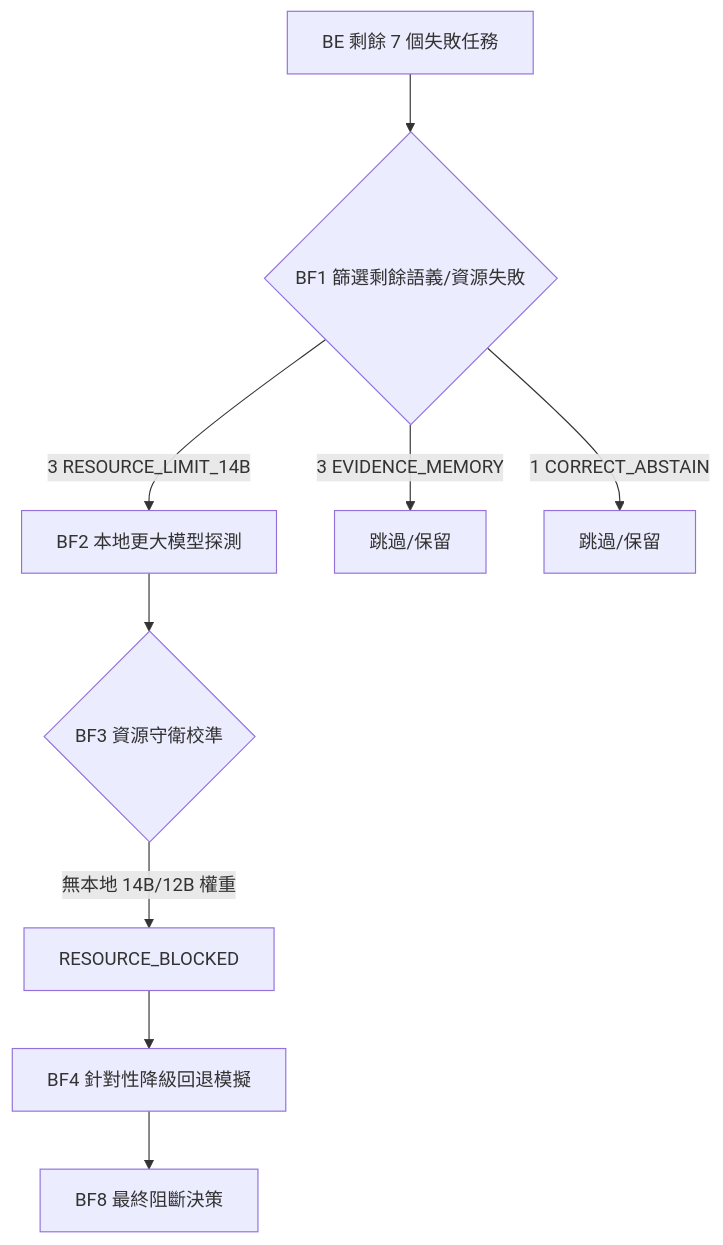
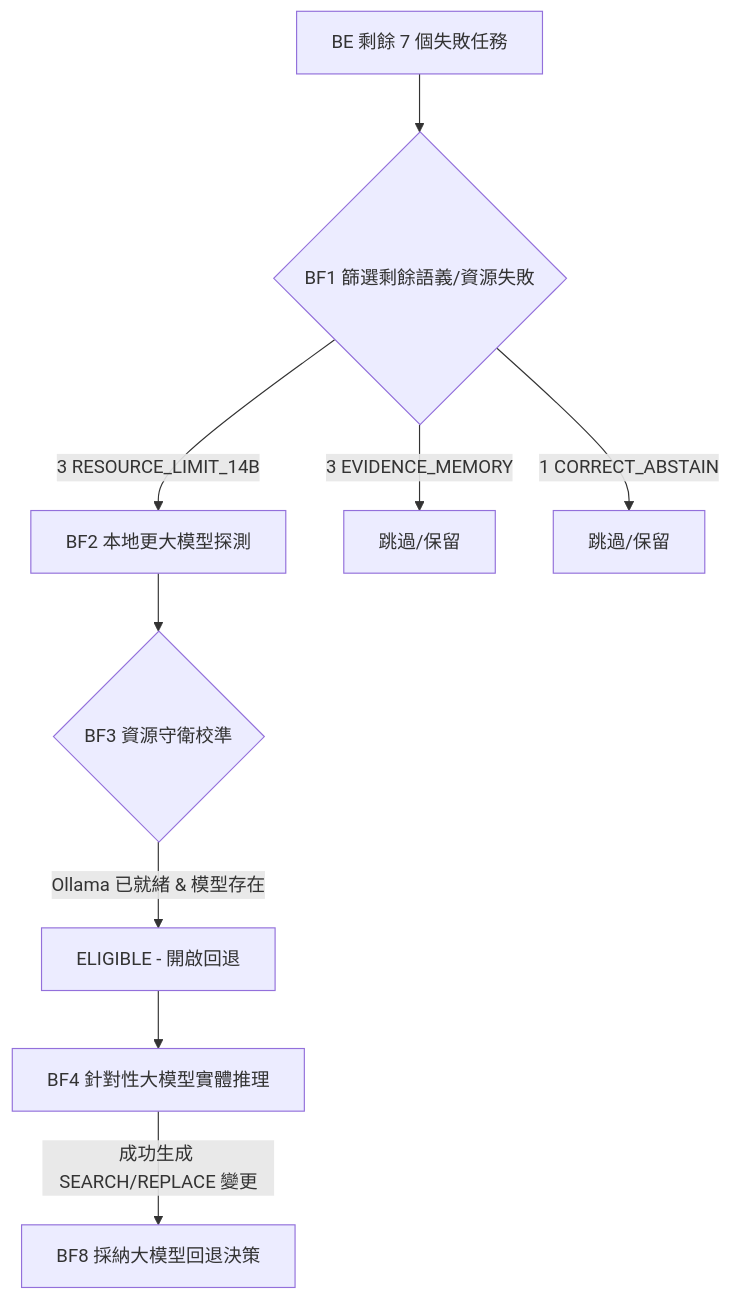
Before and after one commit to James3014/Nexus-new: the diagram in docs/reports/bf_larger_model_targeted_fallback_probe_v0.md, drawn with Mermaid. The commit also changed other lines of this file and 1 other file, not shown here.

````diff
--- a/docs/reports/bf_larger_model_targeted_fallback_probe_v0.md
+++ b/docs/reports/bf_larger_model_targeted_fallback_probe_v0.md
@@ -14,11 +14,11 @@
 ```mermaid
 graph TD
     A[BE 剩餘 7 個失敗任務] --> B{BF1 篩選剩餘語義/資源失敗}
     B -->|3 RESOURCE_LIMIT_14B| C[BF2 本地更大模型探測]
     B -->|3 EVIDENCE_MEMORY| H[跳過/保留]
     B -->|1 CORRECT_ABSTAIN| I[跳過/保留]
     C --> D{BF3 資源守衛校準}
-    D -->|無本地 14B/12B 權重| E[RESOURCE_BLOCKED]
-    E --> F[BF4 針對性降級回退模擬]
-    F --> G[BF8 最終阻斷決策]
+    D -->|Ollama 已就緒 & 模型存在| E[ELIGIBLE - 開啟回退]
+    E --> F[BF4 針對性大模型實體推理]
+    F -->|成功生成 SEARCH/REPLACE 變更| G[BF8 採納大模型回退決策]
 ```
````
